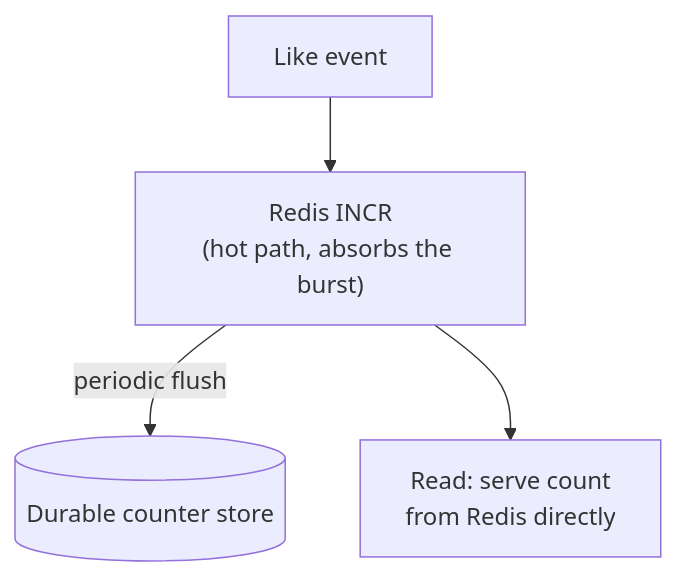
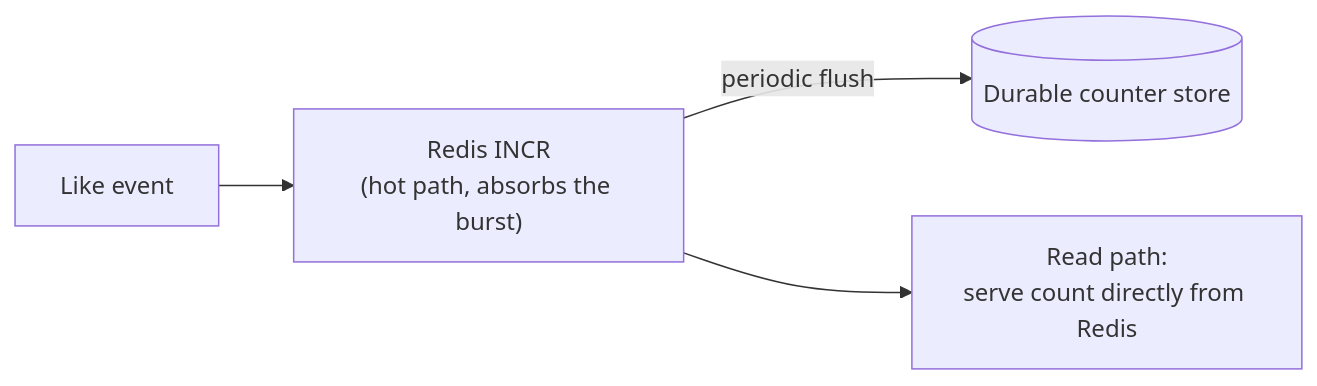
The eighth of 13 diagrams in system-design/HLD/0-course/33-Design-Instagram-FAANG-Guide-story.md (riyaz-pasha/Learnings), drawn with Mermaid before and after one commit. The commit also changed other lines of this file and 5 other files, not shown here.

Commit message:
[REWRITE] Design Newsfeed story guide: simplify prose, add structure, fix diagrams

````diff
--- a/system-design/HLD/0-course/33-Design-Instagram-FAANG-Guide-story.md
+++ b/system-design/HLD/0-course/33-Design-Instagram-FAANG-Guide-story.md
@@ -222,6 +519,6 @@
 ```mermaid
-flowchart TD
-    Like["Like event"] --> Cache["Redis INCR\n(hot path, absorbs the burst)"]
-    Cache -- "periodic flush" --> DB[("Durable counter store")]
-    Cache --> Read["Read: serve count\nfrom Redis directly"]
+flowchart LR
+    Like["Like event"] --> Redis["Redis INCR<br/>(hot path, absorbs the burst)"]
+    Redis -->|"periodic flush"| DB[("Durable counter store")]
+    Redis --> Read["Read path:<br/>serve count directly from Redis"]
 ```
````
